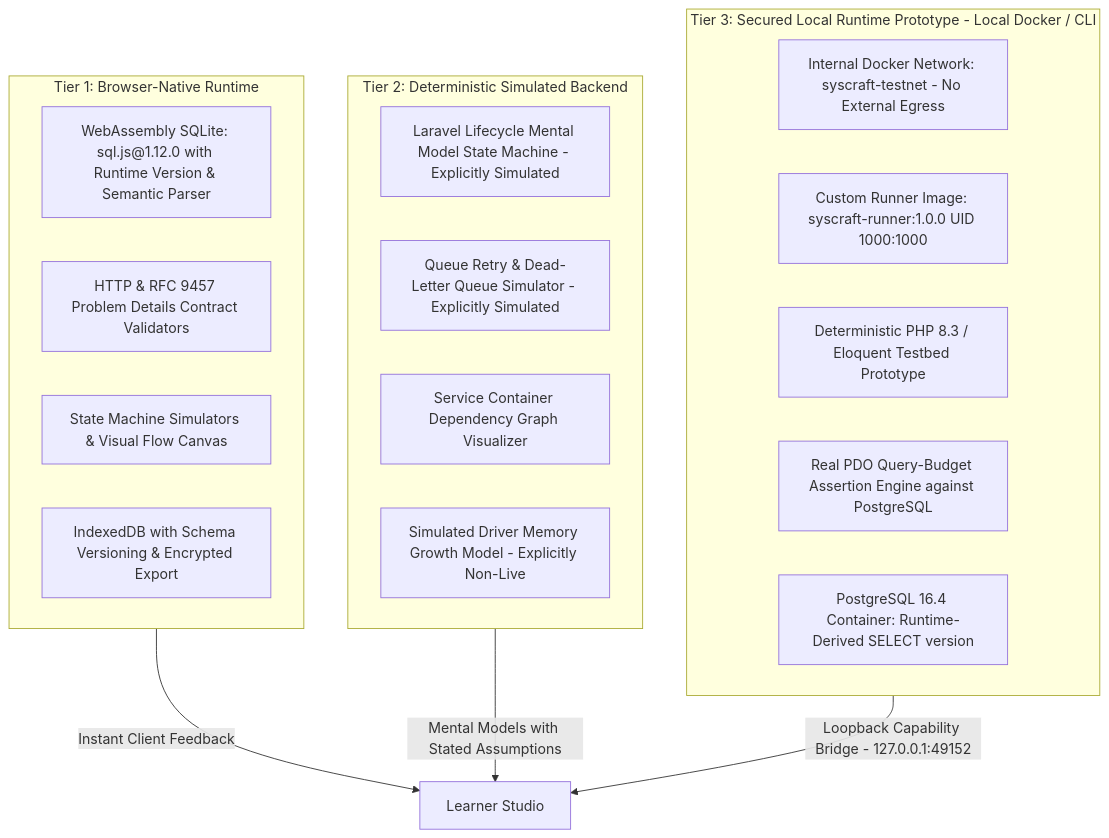
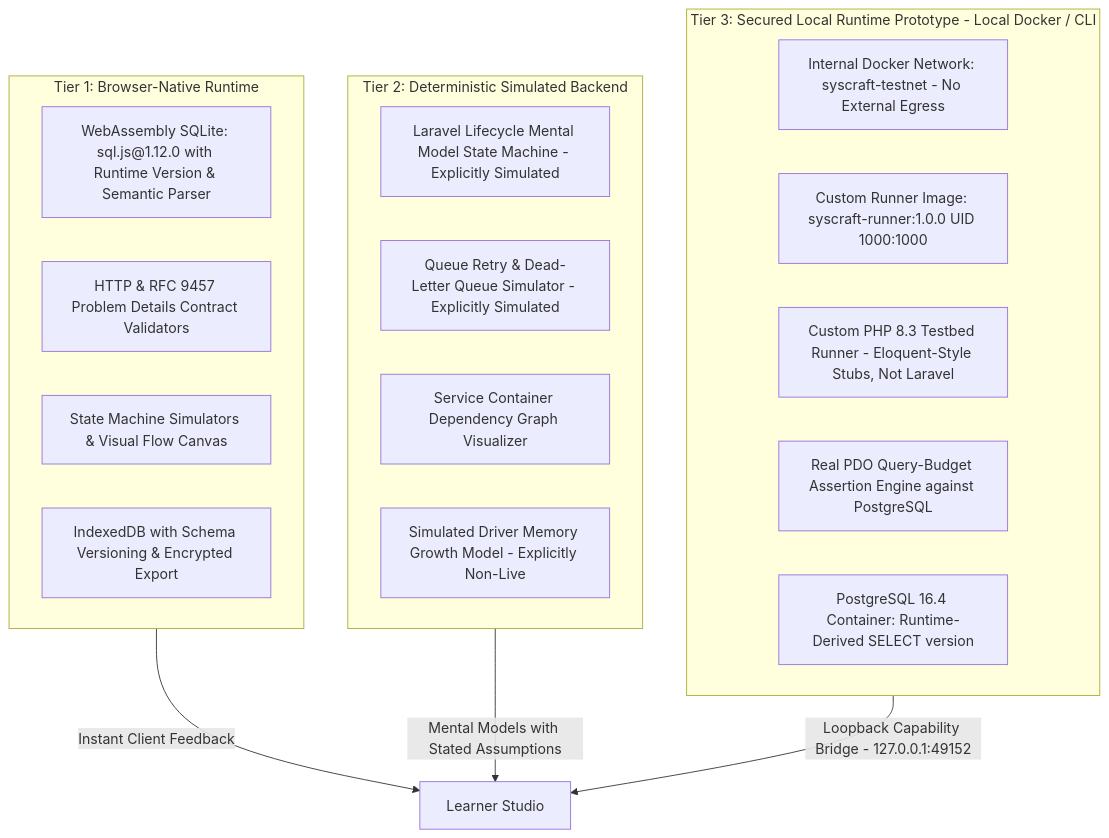
The first of 2 diagrams in README.md (farisdanish/syscraft), drawn with Mermaid before and after one commit. The commit also changed other lines of this file and 3 other files, not shown here.

````diff
--- a/README.md
+++ b/README.md
@@ -25,28 +25,28 @@
 ```mermaid
 graph TD
     subgraph Tier_1 [Tier 1: Browser-Native Runtime]
         T1_SQL[WebAssembly SQLite: sql.js@1.12.0 with Runtime Version & Semantic Parser]
         T1_HTTP[HTTP & RFC 9457 Problem Details Contract Validators]
         T1_STATE[State Machine Simulators & Visual Flow Canvas]
         T1_PERSIST[IndexedDB with Schema Versioning & Encrypted Export]
     end
 
     subgraph Tier_2 [Tier 2: Deterministic Simulated Backend]
         T2_LIFE[Laravel Lifecycle Mental Model State Machine - Explicitly Simulated]
         T2_QUEUE[Queue Retry & Dead-Letter Queue Simulator - Explicitly Simulated]
         T2_DI[Service Container Dependency Graph Visualizer]
         T2_MEM[Simulated Driver Memory Growth Model - Explicitly Non-Live]
     end
 
     subgraph Tier_3 [Tier 3: Secured Local Runtime Prototype - Local Docker / CLI]
         T3_NET[Internal Docker Network: syscraft-testnet - No External Egress]
         T3_RUNNER[Custom Runner Image: syscraft-runner:1.0.0 UID 1000:1000]
-        T3_TESTBED[Deterministic PHP 8.3 / Eloquent Testbed Prototype]
+        T3_TESTBED[Custom PHP 8.3 Testbed Runner - Eloquent-Style Stubs, Not Laravel]
         T3_BUDGET[Real PDO Query-Budget Assertion Engine against PostgreSQL]
         T3_PG[PostgreSQL 16.4 Container: Runtime-Derived SELECT version]
     end
 
     Tier_1 -->|Instant Client Feedback| Learner[Learner Studio]
     Tier_2 -->|Mental Models with Stated Assumptions| Learner
     Tier_3 -->|Loopback Capability Bridge - 127.0.0.1:49152| Learner
 ```
````
